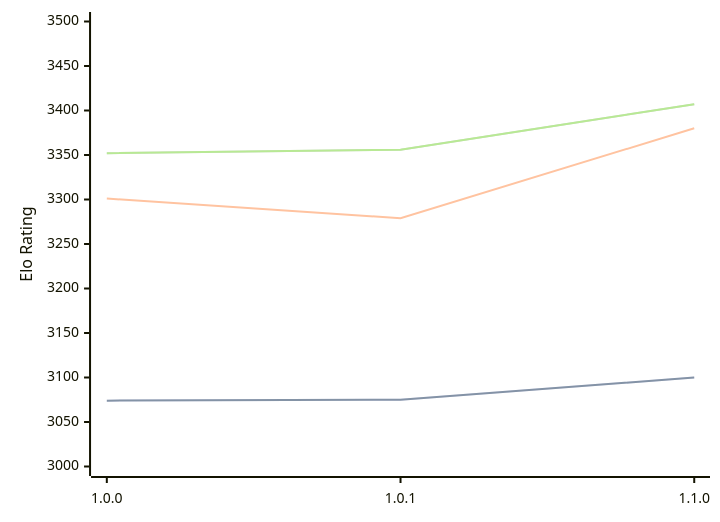
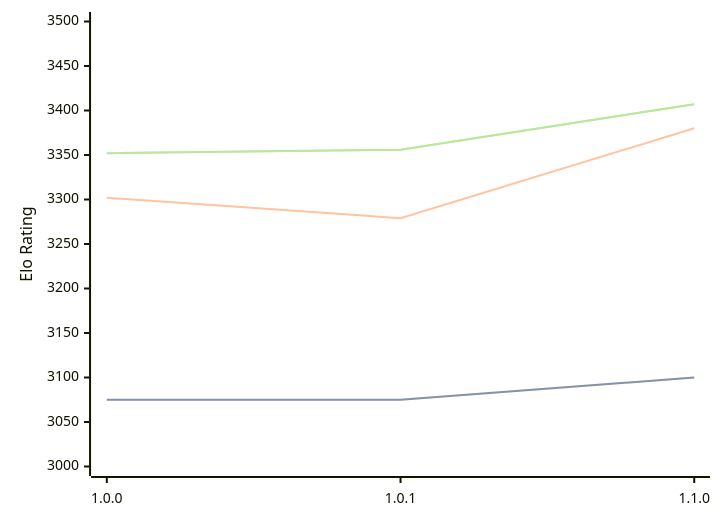
The diagram in engines/Ursus.md (computer-chess-index/cci), drawn with Mermaid before and after one commit. The commit also changed other lines of this file, not shown here.

````diff
--- a/engines/Ursus.md
+++ b/engines/Ursus.md
@@ -33,11 +33,11 @@
 ```mermaid
 %%{init: {"theme":"base","themeVariables":{"seriesColors:['#a3a3a3','#222221','#faa371']}}}%%
 xychart-beta
   x-axis ["1.0.0", "1.0.1", "1.1.0"]
   y-axis "Elo Rating" 3000 --> 3500
-  line "" [3074, 3075, 3100]
-  line "STC (8.0+0.08s)" [3074, 3075, 3100]
-  line "LTC (60.0+0.60s)" [3301, 3279, 3380]
+  line "" [3075, 3075, 3100]
+  line "STC (8.0+0.08s)" [3075, 3075, 3100]
+  line "LTC (60.0+0.60s)" [3302, 3279, 3380]
   line "" [3352, 3356, 3407]
   line "VLTC (2m24s+1.12s)" [3352, 3356, 3407]
 ```
````
